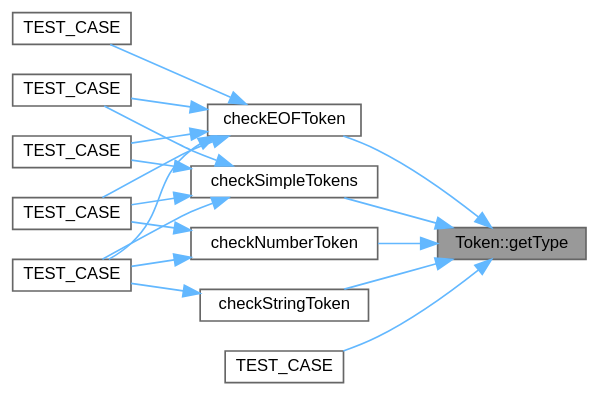
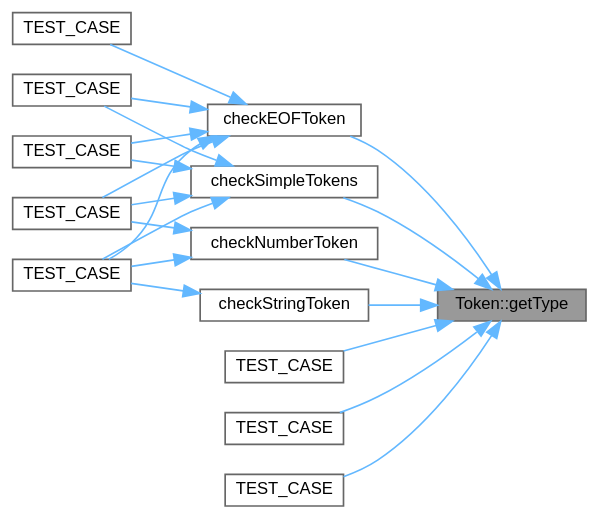
One commit to helcsnewsxd/gsc-interpreter changed the diagram in classToken_a31eae18f897e22a446c82e864dfbf5d4_icgraph.dot. Above: the diagram before and after it, drawn with Graphviz. The commit also changed 117 other files, not shown here.

```diff
--- a/classToken_a31eae18f897e22a446c82e864dfbf5d4_icgraph.dot
+++ b/classToken_a31eae18f897e22a446c82e864dfbf5d4_icgraph.dot
@@ -1,36 +1,40 @@
 digraph "Token::getType"
 {
  // LATEX_PDF_SIZE
   bgcolor="transparent";
   edge [fontname=Helvetica,fontsize=10,labelfontname=Helvetica,labelfontsize=10];
   node [fontname=Helvetica,fontsize=10,shape=box,height=0.2,width=0.4];
   rankdir="RL";
   Node1 [id="Node000001",label="Token::getType",height=0.2,width=0.4,color="gray40", fillcolor="grey60", style="filled", fontcolor="black",tooltip=" "];
   Node1 -> Node2 [id="edge1_Node000001_Node000002",dir="back",color="steelblue1",style="solid",tooltip=" "];
   Node2 [id="Node000002",label="checkEOFToken",height=0.2,width=0.4,color="grey40", fillcolor="white", style="filled",URL="$scannerTest_8cpp.html#ad2495ad1ad09176881fb62138f05787f",tooltip=" "];
   Node2 -> Node3 [id="edge2_Node000002_Node000003",dir="back",color="steelblue1",style="solid",tooltip=" "];
   Node3 [id="Node000003",label="TEST_CASE",height=0.2,width=0.4,color="grey40", fillcolor="white", style="filled",URL="$scannerTest_8cpp.html#a234e70dc7b9b2e1f12575f14a6eb4149",tooltip=" "];
   Node2 -> Node4 [id="edge3_Node000002_Node000004",dir="back",color="steelblue1",style="solid",tooltip=" "];
   Node4 [id="Node000004",label="TEST_CASE",height=0.2,width=0.4,color="grey40", fillcolor="white", style="filled",URL="$scannerTest_8cpp.html#a98682d757443df50a081f56d56448546",tooltip=" "];
   Node2 -> Node5 [id="edge4_Node000002_Node000005",dir="back",color="steelblue1",style="solid",tooltip=" "];
   Node5 [id="Node000005",label="TEST_CASE",height=0.2,width=0.4,color="grey40", fillcolor="white", style="filled",URL="$scannerTest_8cpp.html#a5d4ac0fa9b58c9379655db85f31d5b62",tooltip=" "];
   Node2 -> Node6 [id="edge5_Node000002_Node000006",dir="back",color="steelblue1",style="solid",tooltip=" "];
   Node6 [id="Node000006",label="TEST_CASE",height=0.2,width=0.4,color="grey40", fillcolor="white", style="filled",URL="$scannerTest_8cpp.html#ae5642181526f8e4900b00890b11e4ac1",tooltip=" "];
   Node2 -> Node7 [id="edge6_Node000002_Node000007",dir="back",color="steelblue1",style="solid",tooltip=" "];
   Node7 [id="Node000007",label="TEST_CASE",height=0.2,width=0.4,color="grey40", fillcolor="white", style="filled",URL="$scannerTest_8cpp.html#a589f22582df1c77b146c9cfca9f63ea9",tooltip=" "];
   Node1 -> Node8 [id="edge7_Node000001_Node000008",dir="back",color="steelblue1",style="solid",tooltip=" "];
   Node8 [id="Node000008",label="checkNumberToken",height=0.2,width=0.4,color="grey40", fillcolor="white", style="filled",URL="$scannerTest_8cpp.html#a460971eabd5ce2d15d3e64a93259831e",tooltip=" "];
   Node8 -> Node4 [id="edge8_Node000008_Node000004",dir="back",color="steelblue1",style="solid",tooltip=" "];
   Node8 -> Node5 [id="edge9_Node000008_Node000005",dir="back",color="steelblue1",style="solid",tooltip=" "];
   Node1 -> Node9 [id="edge10_Node000001_Node000009",dir="back",color="steelblue1",style="solid",tooltip=" "];
   Node9 [id="Node000009",label="checkSimpleTokens",height=0.2,width=0.4,color="grey40", fillcolor="white", style="filled",URL="$scannerTest_8cpp.html#a8ca6d115c44809c30668348a91e197d5",tooltip=" "];
   Node9 -> Node3 [id="edge11_Node000009_Node000003",dir="back",color="steelblue1",style="solid",tooltip=" "];
   Node9 -> Node4 [id="edge12_Node000009_Node000004",dir="back",color="steelblue1",style="solid",tooltip=" "];
   Node9 -> Node5 [id="edge13_Node000009_Node000005",dir="back",color="steelblue1",style="solid",tooltip=" "];
   Node9 -> Node7 [id="edge14_Node000009_Node000007",dir="back",color="steelblue1",style="solid",tooltip=" "];
   Node1 -> Node10 [id="edge15_Node000001_Node000010",dir="back",color="steelblue1",style="solid",tooltip=" "];
   Node10 [id="Node000010",label="checkStringToken",height=0.2,width=0.4,color="grey40", fillcolor="white", style="filled",URL="$scannerTest_8cpp.html#aec6ff788fa30cc93e9e0386e65814231",tooltip=" "];
   Node10 -> Node4 [id="edge16_Node000010_Node000004",dir="back",color="steelblue1",style="solid",tooltip=" "];
   Node1 -> Node11 [id="edge17_Node000001_Node000011",dir="back",color="steelblue1",style="solid",tooltip=" "];
-  Node11 [id="Node000011",label="TEST_CASE",height=0.2,width=0.4,color="grey40", fillcolor="white", style="filled",URL="$tokenTest_8cpp.html#abe5a2cbcef035c08831819ab87efc4ca",tooltip=" "];
+  Node11 [id="Node000011",label="TEST_CASE",height=0.2,width=0.4,color="grey40", fillcolor="white", style="filled",URL="$exprTest_8cpp.html#a37072de29663c0546907647d63284a5b",tooltip=" "];
+  Node1 -> Node12 [id="edge18_Node000001_Node000012",dir="back",color="steelblue1",style="solid",tooltip=" "];
+  Node12 [id="Node000012",label="TEST_CASE",height=0.2,width=0.4,color="grey40", fillcolor="white", style="filled",URL="$tokenTest_8cpp.html#abe5a2cbcef035c08831819ab87efc4ca",tooltip=" "];
+  Node1 -> Node13 [id="edge19_Node000001_Node000013",dir="back",color="steelblue1",style="solid",tooltip=" "];
+  Node13 [id="Node000013",label="TEST_CASE",height=0.2,width=0.4,color="grey40", fillcolor="white", style="filled",URL="$exprTest_8cpp.html#af46c99fa38ede76a0411394f784c16ee",tooltip=" "];
 }
```
